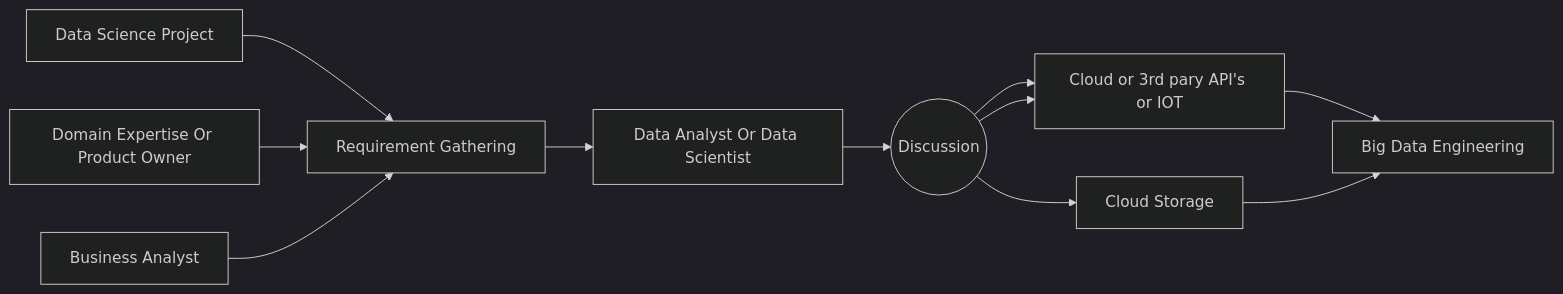
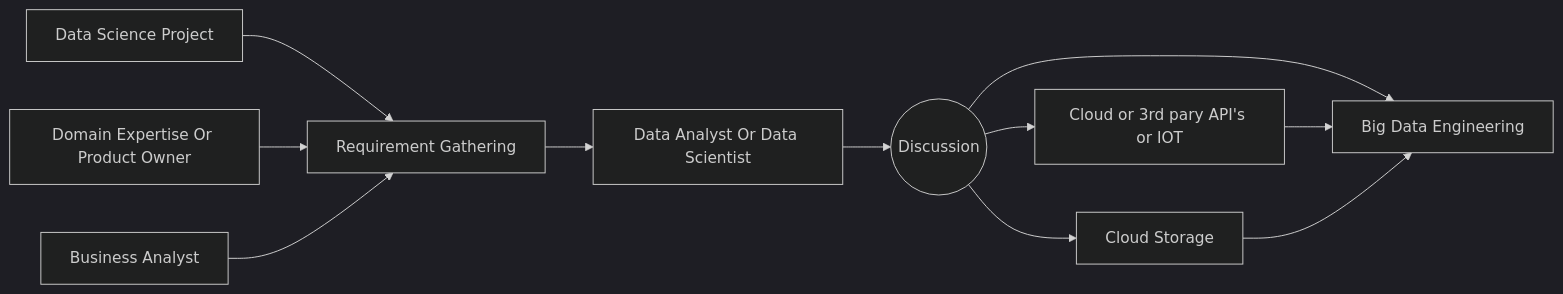
One commit to Arannamoy-Mondal/AI-ML-DL changed the first of 2 diagrams in Readme.md. Above: the diagram before and after it, drawn with Mermaid (dark theme).

Commit message:
add:java37_spring_ai_stream

````diff
--- a/Readme.md
+++ b/Readme.md
@@ -516,13 +516,13 @@
 ```mermaid
 graph LR;
 A[Data Science Project] --> B[Requirement Gathering]
 C[Domain Expertise Or Product Owner] --> B[Requirement Gathering]
 D[Business Analyst] --> B[Requirement Gathering]
 B[Requirement Gathering] --> E[Data Analyst Or Data Scientist]
 E[Data Analyst Or Data Scientist] --> F((Discussion))
-F((Discussion)) --> G[Domain Expertise Or Product Owner]
+F((Discussion)) --> I[Domain Expertise Or Product Owner]
 F((Discussion)) --> G[Cloud or 3rd pary API's or IOT]
 F((Discussion)) --> H[Cloud Storage]
 G[Cloud or 3rd pary API's or IOT] --> I[Big Data Engineering]
 H[Cloud Storage]-->I[Big Data Engineering]
 ```
````
